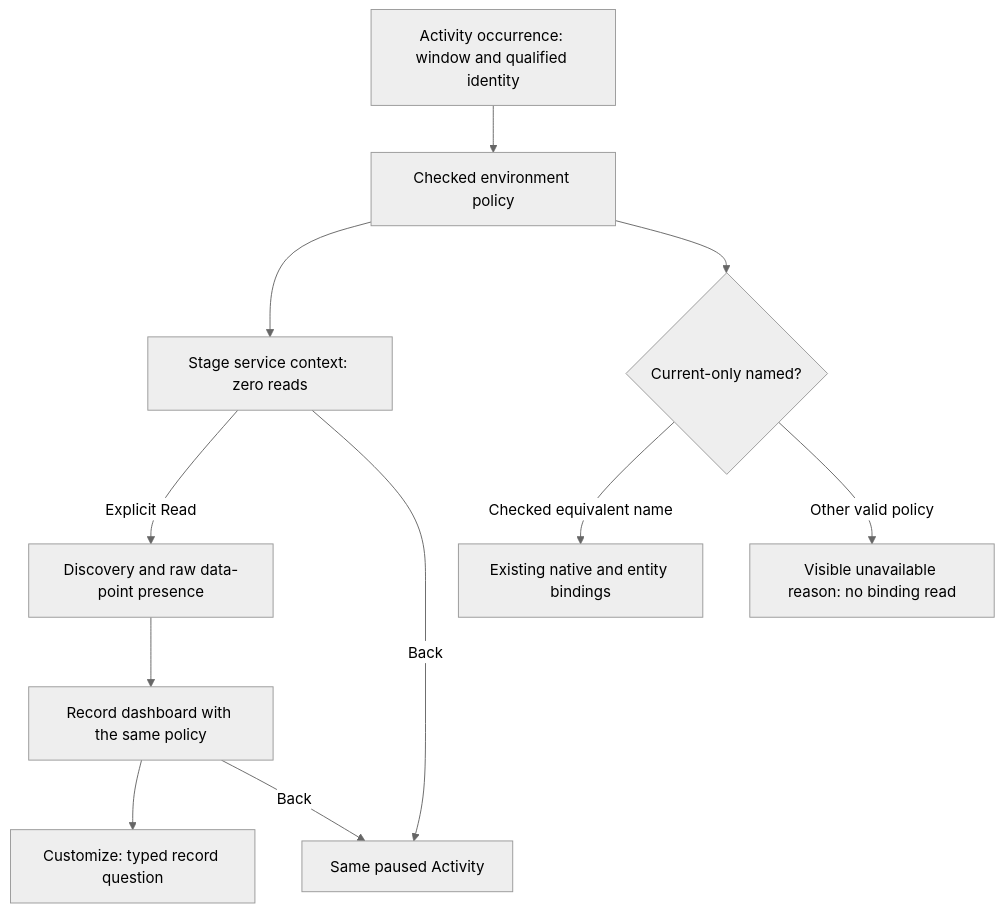
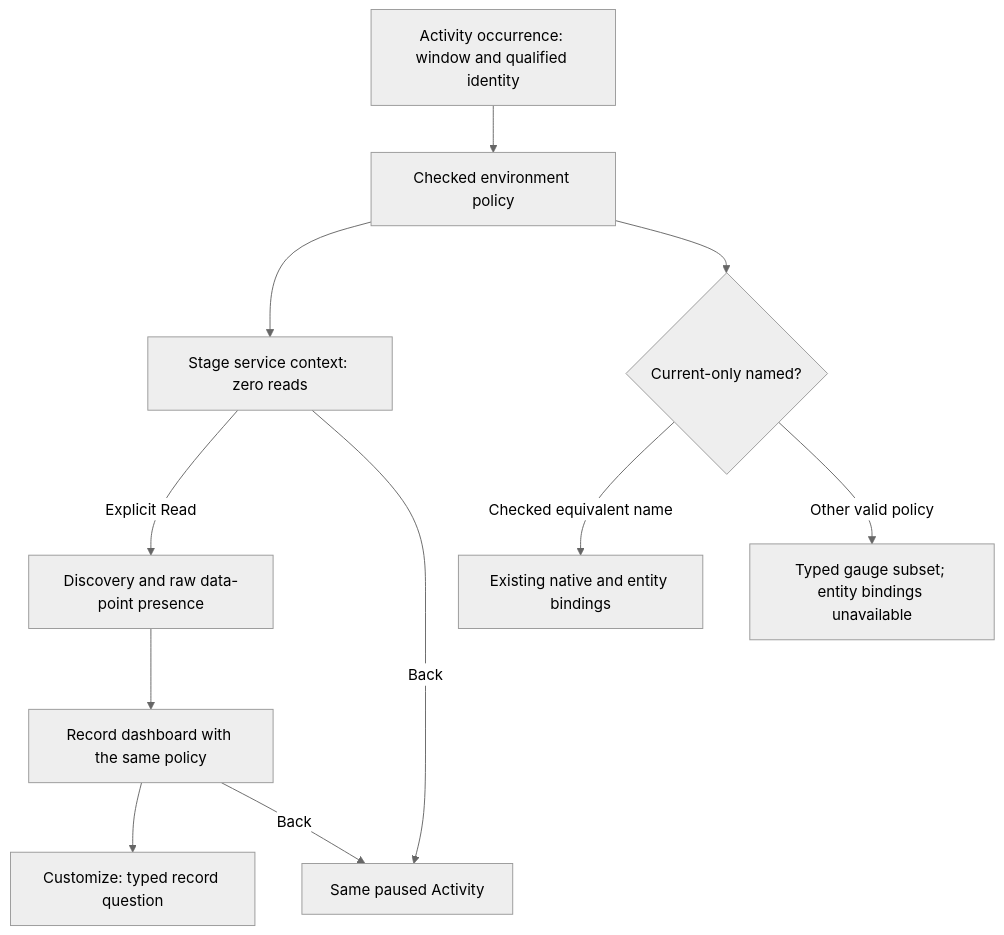
One commit to casselc/goo changed the diagram in docs/SERVICE_ENVIRONMENT_POLICIES.md. Above: the diagram before and after it, drawn with Mermaid (neutral theme). The commit also changed other lines of this file and 55 other files, not shown here.

````diff
--- a/docs/SERVICE_ENVIRONMENT_POLICIES.md
+++ b/docs/SERVICE_ENVIRONMENT_POLICIES.md
@@ -45,13 +50,13 @@
 ```mermaid
 flowchart TD
   A[Activity occurrence: window and qualified identity] --> C[Checked environment policy]
   C --> S[Stage service context: zero reads]
   S -->|Explicit Read| D[Discovery and raw data-point presence]
   D --> R[Record dashboard with the same policy]
   R --> Q[Customize: typed record question]
   C --> N{Current-only named?}
   N -->|Checked equivalent name| B[Existing native and entity bindings]
-  N -->|Other valid policy| U[Visible unavailable reason: no binding read]
+  N -->|Other valid policy| U[Typed gauge subset; entity bindings unavailable]
   S -->|Back| P[Same paused Activity]
   R -->|Back| P
 ```
````
